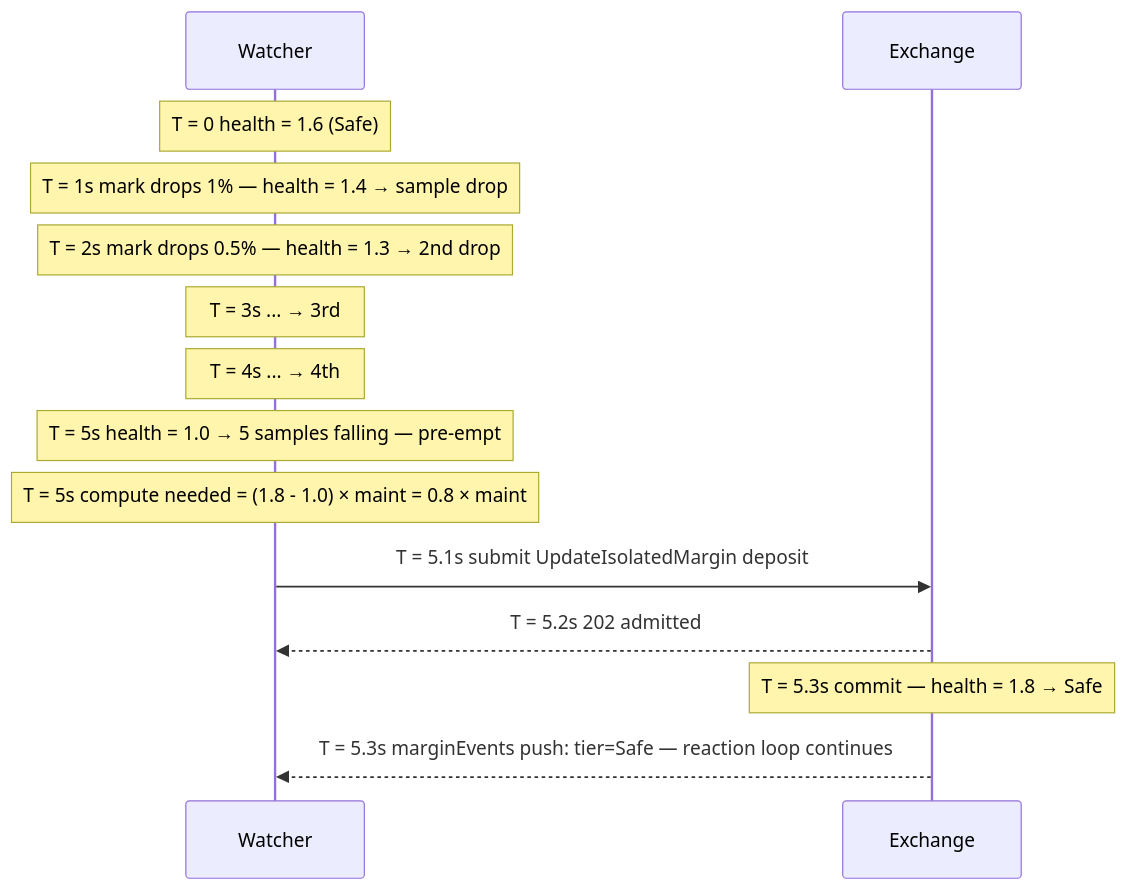
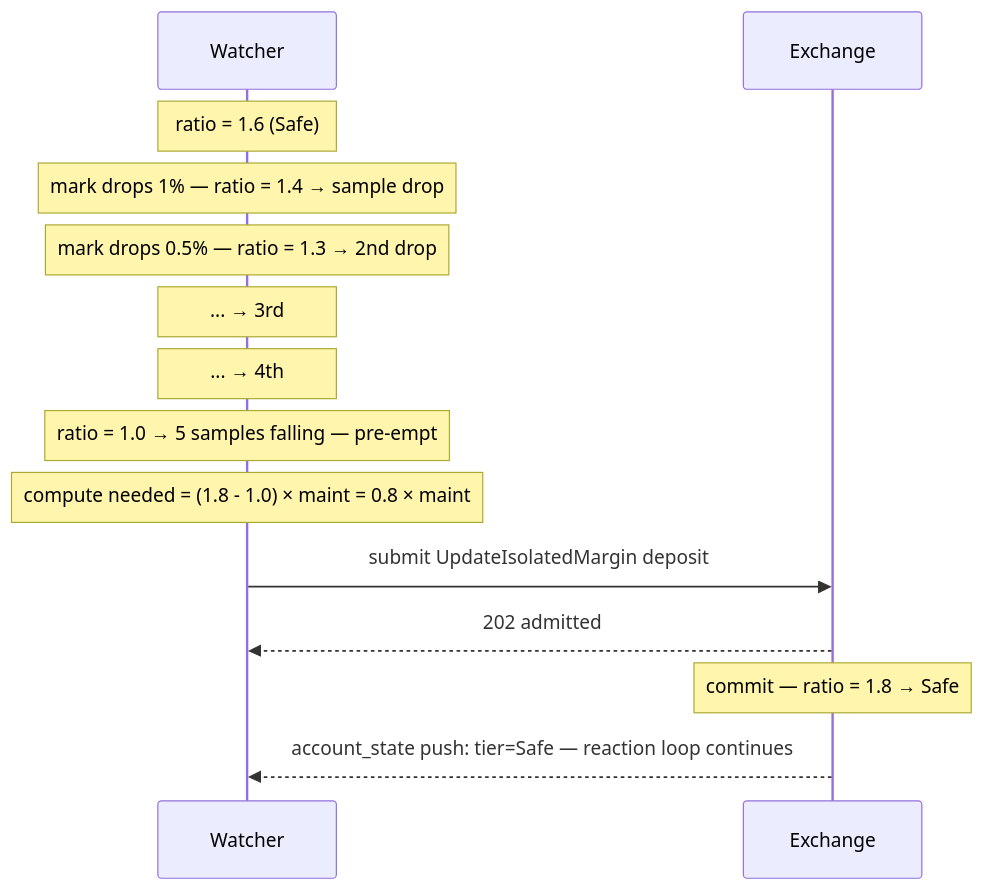
One commit to mtf-exchange/metaflux-knowledges changed the second of 2 diagrams in docs/integration/risk-watcher.md. Above: the diagram before and after it, drawn with Mermaid. The commit also changed other lines of this file and 31 other files, not shown here.

````diff
--- a/docs/integration/risk-watcher.md
+++ b/docs/integration/risk-watcher.md
@@ -135,14 +142,14 @@
 ```mermaid
 sequenceDiagram
-    Note over Watcher: T = 0  health = 1.6 (Safe)
-    Note over Watcher: T = 1s  mark drops 1% — health = 1.4 → sample drop
-    Note over Watcher: T = 2s  mark drops 0.5% — health = 1.3 → 2nd drop
-    Note over Watcher: T = 3s  ... → 3rd
-    Note over Watcher: T = 4s  ... → 4th
-    Note over Watcher: T = 5s  health = 1.0 → 5 samples falling — pre-empt
-    Note over Watcher: T = 5s  compute needed = (1.8 - 1.0) × maint = 0.8 × maint
-    Watcher->>Exchange: T = 5.1s  submit UpdateIsolatedMargin deposit
-    Exchange-->>Watcher: T = 5.2s  202 admitted
-    Note over Exchange: T = 5.3s  commit — health = 1.8 → Safe
-    Exchange-->>Watcher: T = 5.3s  marginEvents push: tier=Safe — reaction loop continues
+    Note over Watcher: ratio = 1.6 (Safe)
+    Note over Watcher: mark drops 1% — ratio = 1.4 → sample drop
+    Note over Watcher: mark drops 0.5% — ratio = 1.3 → 2nd drop
+    Note over Watcher: ... → 3rd
+    Note over Watcher: ... → 4th
+    Note over Watcher: ratio = 1.0 → 5 samples falling — pre-empt
+    Note over Watcher: compute needed = (1.8 - 1.0) × maint = 0.8 × maint
+    Watcher->>Exchange: submit UpdateIsolatedMargin deposit
+    Exchange-->>Watcher: 202 admitted
+    Note over Exchange: commit — ratio = 1.8 → Safe
+    Exchange-->>Watcher: account_state push: tier=Safe — reaction loop continues
 ```
````
